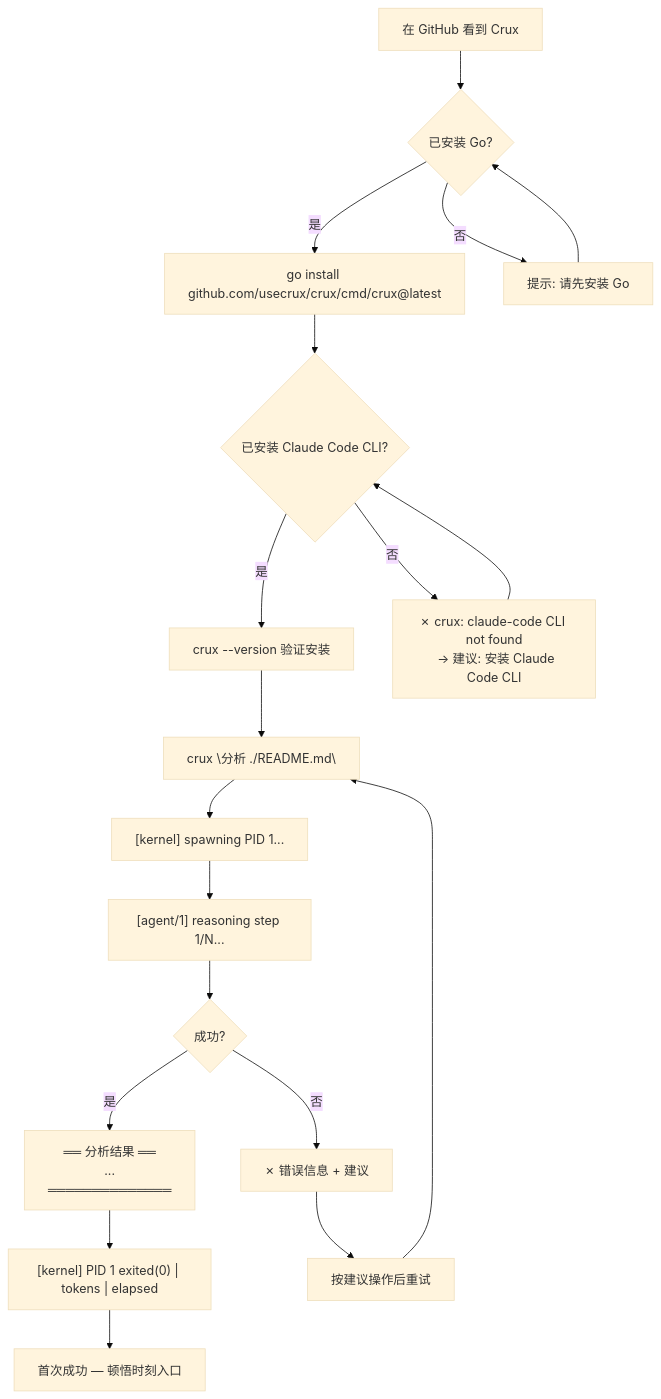
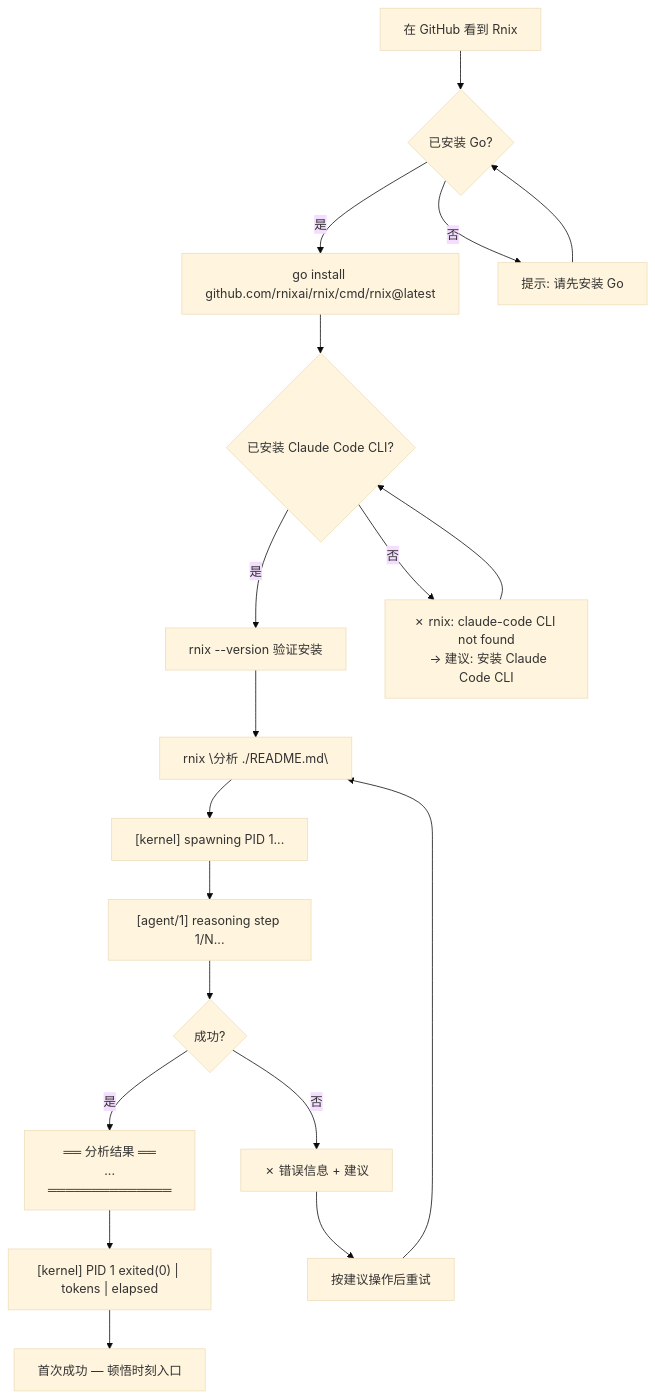
One commit to rnixai/rnix changed the first of 5 diagrams in _bmad-output/planning-artifacts/ux-design-specification.md. Above: the diagram before and after it, drawn with Mermaid (base theme). The commit also changed other lines of this file and 279 other files, not shown here.

First line of the commit message:
Rename project from Crux to Rnix

````diff
--- a/_bmad-output/planning-artifacts/ux-design-specification.md
+++ b/_bmad-output/planning-artifacts/ux-design-specification.md
@@ -857,21 +857,21 @@
 ```mermaid
 flowchart TD
-    A[在 GitHub 看到 Crux] --> B{已安装 Go?}
-    B -->|是| C["go install github.com/usecrux/crux/cmd/crux@latest"]
+    A[在 GitHub 看到 Rnix] --> B{已安装 Go?}
+    B -->|是| C["go install github.com/rnixai/rnix/cmd/rnix@latest"]
     B -->|否| B1[提示: 请先安装 Go]
     B1 --> B
     C --> D{已安装 Claude Code CLI?}
-    D -->|是| E["crux --version 验证安装"]
-    D -->|否| D1["✗ crux: claude-code CLI not found\n  → 建议: 安装 Claude Code CLI"]
+    D -->|是| E["rnix --version 验证安装"]
+    D -->|否| D1["✗ rnix: claude-code CLI not found\n  → 建议: 安装 Claude Code CLI"]
     D1 --> D
-    E --> F["crux \"分析 ./README.md\""]
+    E --> F["rnix \"分析 ./README.md\""]
     F --> G["[kernel] spawning PID 1..."]
     G --> H["[agent/1] reasoning step 1/N..."]
     H --> I{成功?}
     I -->|是| J["══ 分析结果 ══\n  ...\n══════════════"]
     I -->|否| K["✗ 错误信息 + 建议"]
     J --> L["[kernel] PID 1 exited(0) | tokens | elapsed"]
     K --> M[按建议操作后重试]
     M --> F
     L --> N[首次成功 — 顿悟时刻入口]
 ```
````
